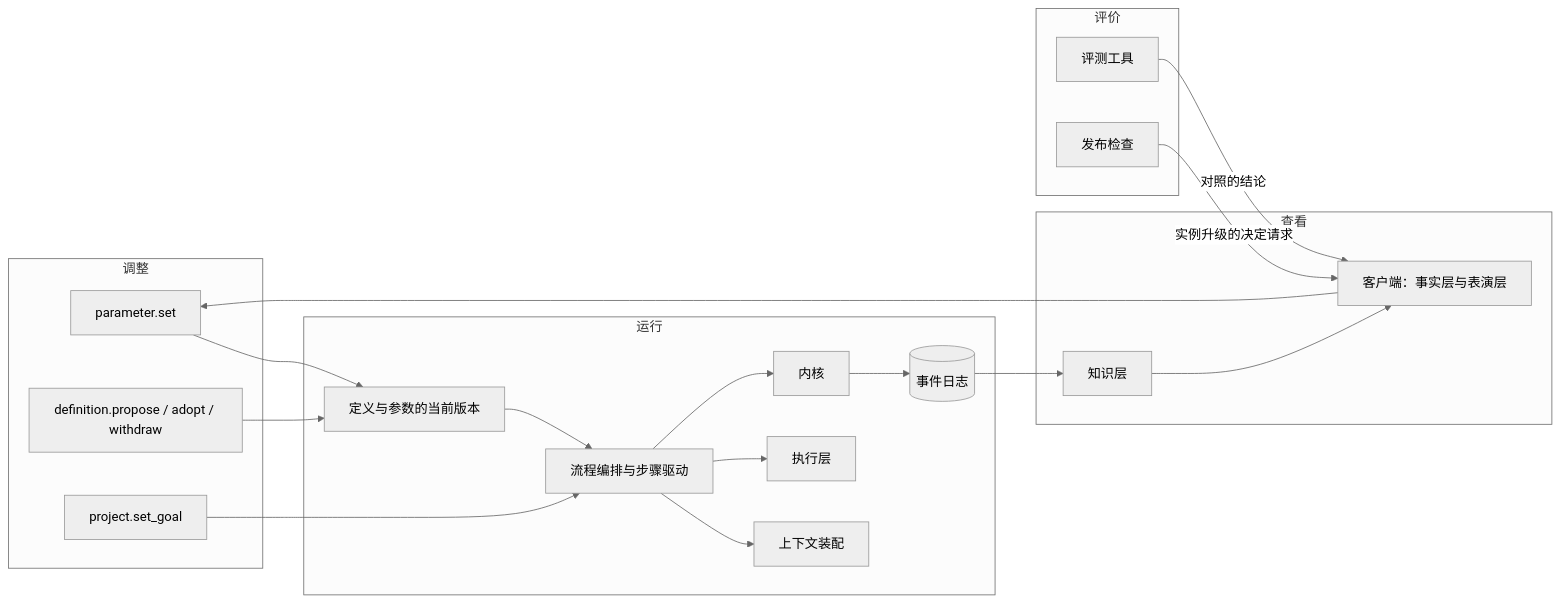
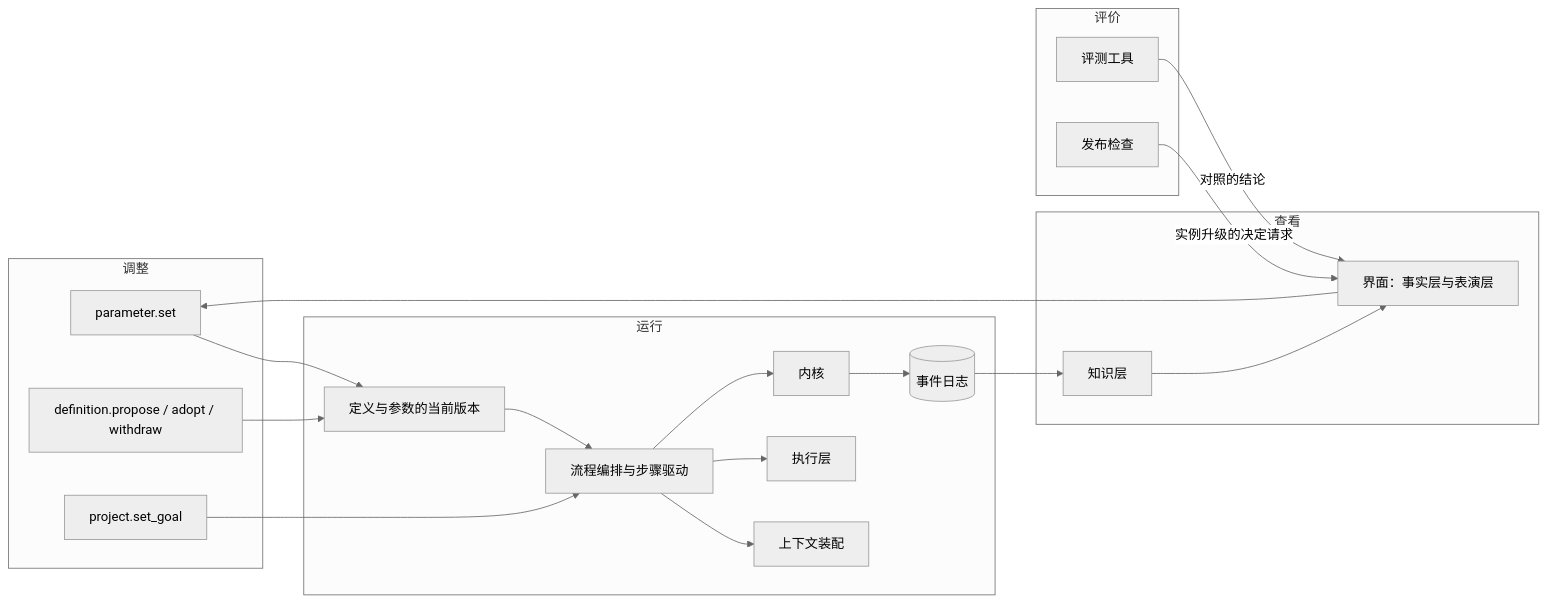
The second of 3 diagrams in docs/design/architecture/overall-architecture.md (bender2333/yudao), drawn with Mermaid (neutral theme) before and after one commit. The commit also changed other lines of this file and 31 other files, not shown here.

````diff
--- a/docs/design/architecture/overall-architecture.md
+++ b/docs/design/architecture/overall-architecture.md
@@ -97,36 +97,36 @@
 ```mermaid
 flowchart LR
   subgraph Edit["调整"]
     PS["parameter.set"]
     DP["definition.propose / adopt / withdraw"]
     GU["project.set_goal"]
   end
   subgraph Run["运行"]
     Ver["定义与参数的当前版本"]
     Orch2["流程编排与步骤驱动"]
     Asm2["上下文装配"]
     Ker["内核"]
     Exe["执行层"]
     Evt[("事件日志")]
   end
   subgraph See["查看"]
     Know2["知识层"]
-    Cli["客户端：事实层与表演层"]
+    Cli["界面：事实层与表演层"]
   end
   subgraph Judge["评价"]
     Ev["评测工具"]
     Rel["发布检查"]
   end
   PS --> Ver
   DP --> Ver
   GU --> Orch2
   Ver --> Orch2
   Orch2 --> Asm2
   Orch2 --> Exe
   Orch2 --> Ker
   Ker --> Evt
   Evt --> Know2 --> Cli
   Cli --> PS
   Ev -->|"对照的结论"| Cli
   Rel -->|"实例升级的决定请求"| Cli
 ```
````
